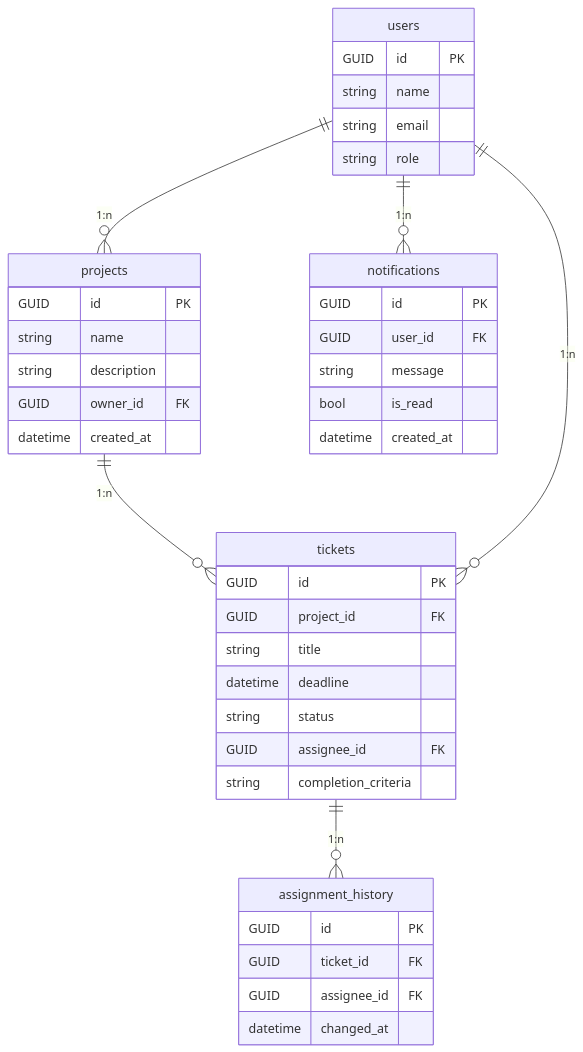
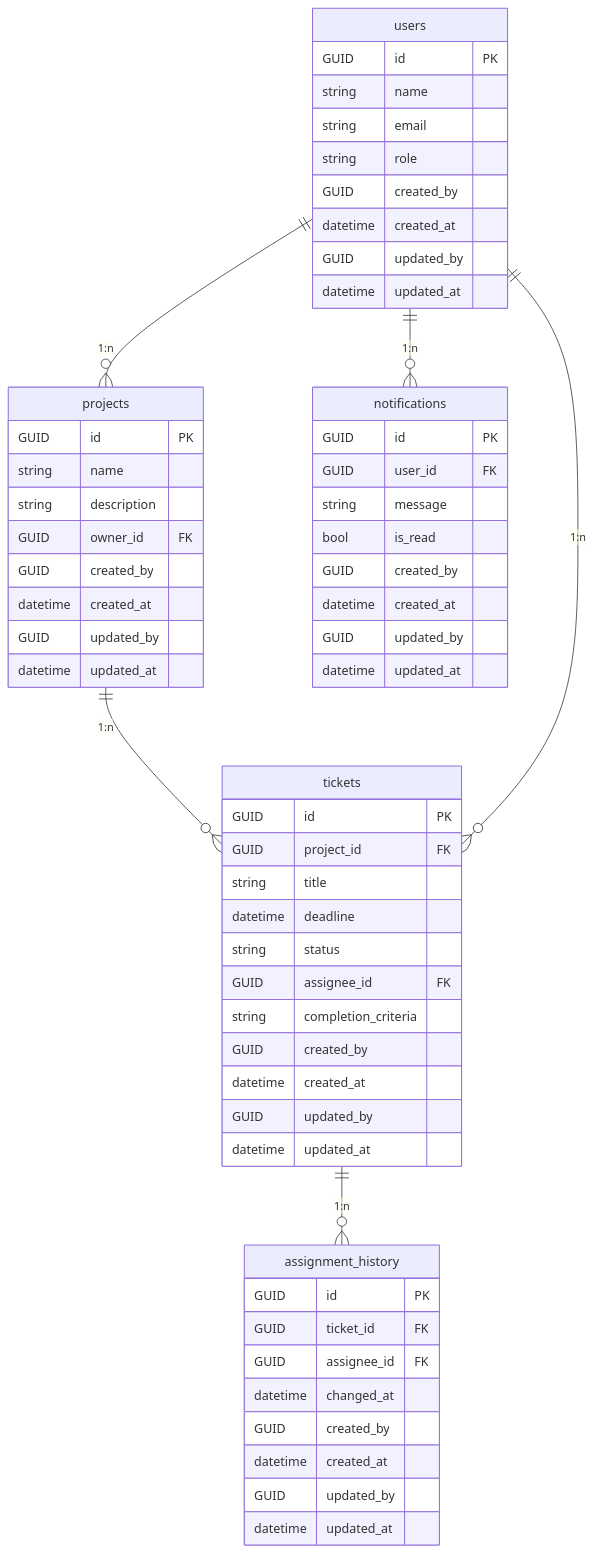
The diagram in 02.design/er-diagram.md (kuairen-227/pm-app-docs), drawn with Mermaid before and after one commit.

Commit message:
feat(design): :sparkles: 監査・追跡用カラムを追加

````diff
--- a/02.design/er-diagram.md
+++ b/02.design/er-diagram.md
@@ -3,44 +3,62 @@
 ```mermaid
 erDiagram
     users {
         GUID id PK
         string name
         string email
         string role
+        GUID created_by
+        datetime created_at
+        GUID updated_by
+        datetime updated_at
     }
     projects {
         GUID id PK
         string name
         string description
         GUID owner_id FK
+        GUID created_by
         datetime created_at
+        GUID updated_by
+        datetime updated_at
     }
     tickets {
         GUID id PK
         GUID project_id FK
         string title
         datetime deadline
         string status
         GUID assignee_id FK
         string completion_criteria
+        GUID created_by
+        datetime created_at
+        GUID updated_by
+        datetime updated_at
     }
     assignment_history {
         GUID id PK
         GUID ticket_id FK
         GUID assignee_id FK
         datetime changed_at
+        GUID created_by
+        datetime created_at
+        GUID updated_by
+        datetime updated_at
     }
     notifications {
         GUID id PK
         GUID user_id FK
         string message
         bool is_read
+        GUID created_by
         datetime created_at
+        GUID updated_by
+        datetime updated_at
     }
 
     users ||--o{ projects : "1:n"
     projects ||--o{ tickets : "1:n"
     users ||--o{ tickets : "1:n"
     tickets ||--o{ assignment_history : "1:n"
     users ||--o{ notifications : "1:n"
 ```
````
